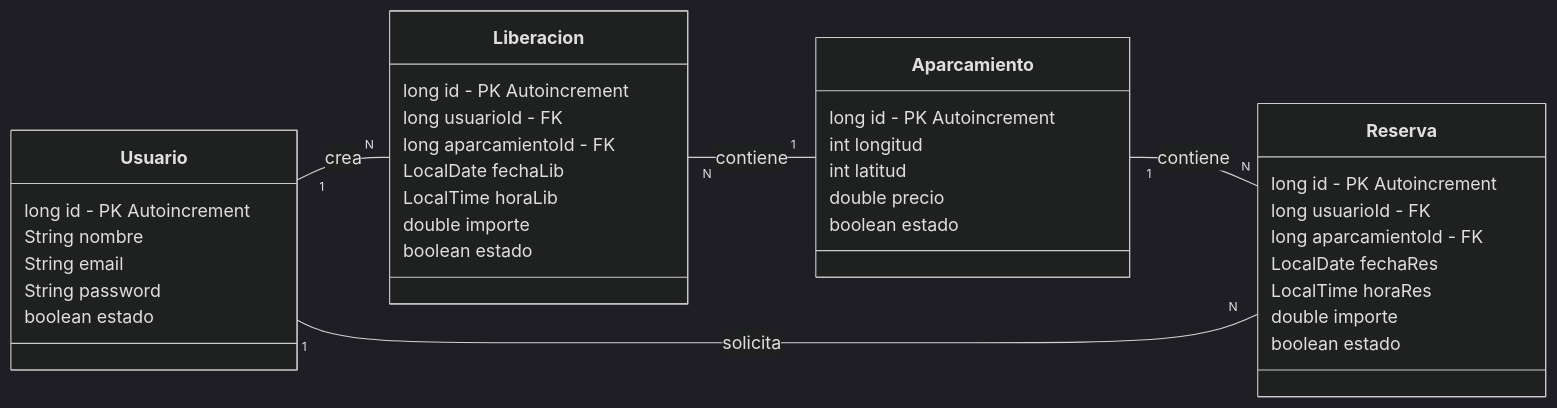
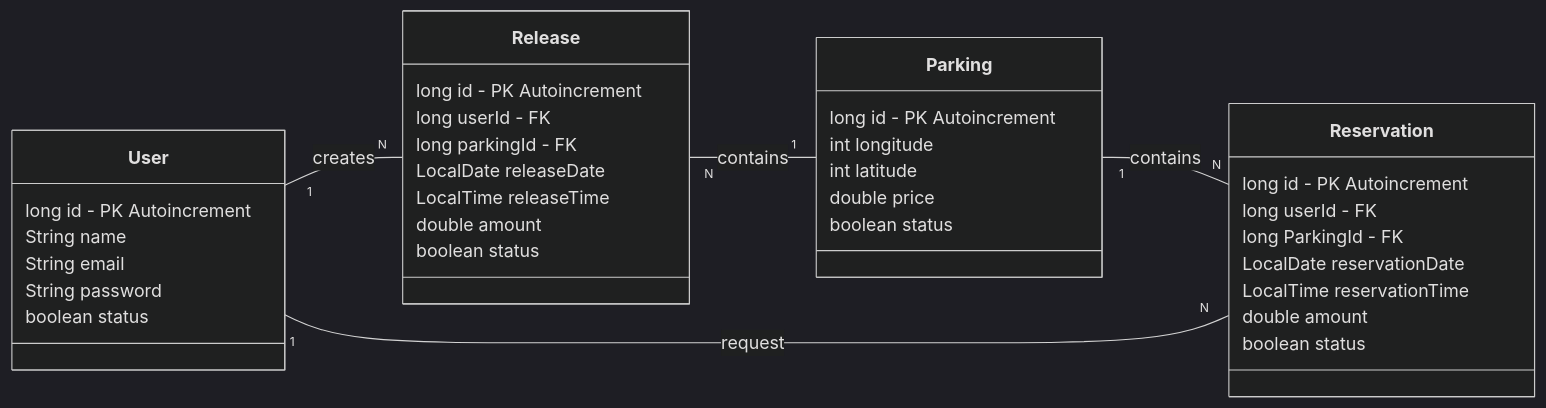
The diagram in docs/modelo-dominio-MVP-clases.md (alex-boni/QuickStop), drawn with Mermaid (dark theme) before and after one commit.

Commit message:
Refactor class names and attributes in domain model

````diff
--- a/docs/modelo-dominio-MVP-clases.md
+++ b/docs/modelo-dominio-MVP-clases.md
@@ -3,48 +3,48 @@
 ```mermaid
 classDiagram
   direction LR
 
-  class Usuario {
+  class User {
     long id - PK Autoincrement
-    String nombre
+    String name
     String email
     String password
-    boolean estado
+    boolean status
   }
 
-  class Aparcamiento {
+  class Parking {
     long id - PK Autoincrement
-    int longitud
-    int latitud
-    double precio
-    boolean estado
+    int longitude
+    int latitude
+    double price
+    boolean status
   }
 
 
-  class Reserva {
+  class Reservation {
     long id - PK Autoincrement
-    long usuarioId - FK
-    long aparcamientoId - FK
-    LocalDate fechaRes
-    LocalTime horaRes
-    double importe
-    boolean estado
+    long userId - FK
+    long ParkingId - FK
+    LocalDate reservationDate
+    LocalTime reservationTime
+    double amount
+    boolean status
   }
 
 
-  class Liberacion {
+  class Release {
     long id - PK Autoincrement
-    long usuarioId - FK
-    long aparcamientoId - FK
-    LocalDate fechaLib
-    LocalTime horaLib
-    double importe
-    boolean estado
+    long userId - FK
+    long parkingId - FK
+    LocalDate releaseDate
+    LocalTime releaseTime
+    double amount
+    boolean status
   }
 
   %% Relaciones
-  Usuario "1" -- "N" Liberacion : crea
-  Reserva "N" -- "1" Usuario : solicita
-  Aparcamiento "1" -- "N" Reserva : contiene
-  Liberacion "N" -- "1" Aparcamiento : contiene
+  User "1" -- "N" Release : creates
+  Reservation "N" -- "1" User : request
+  Parking "1" -- "N" Reservation : contains
+  Release "N" -- "1" Parking : contains
 ```
````
